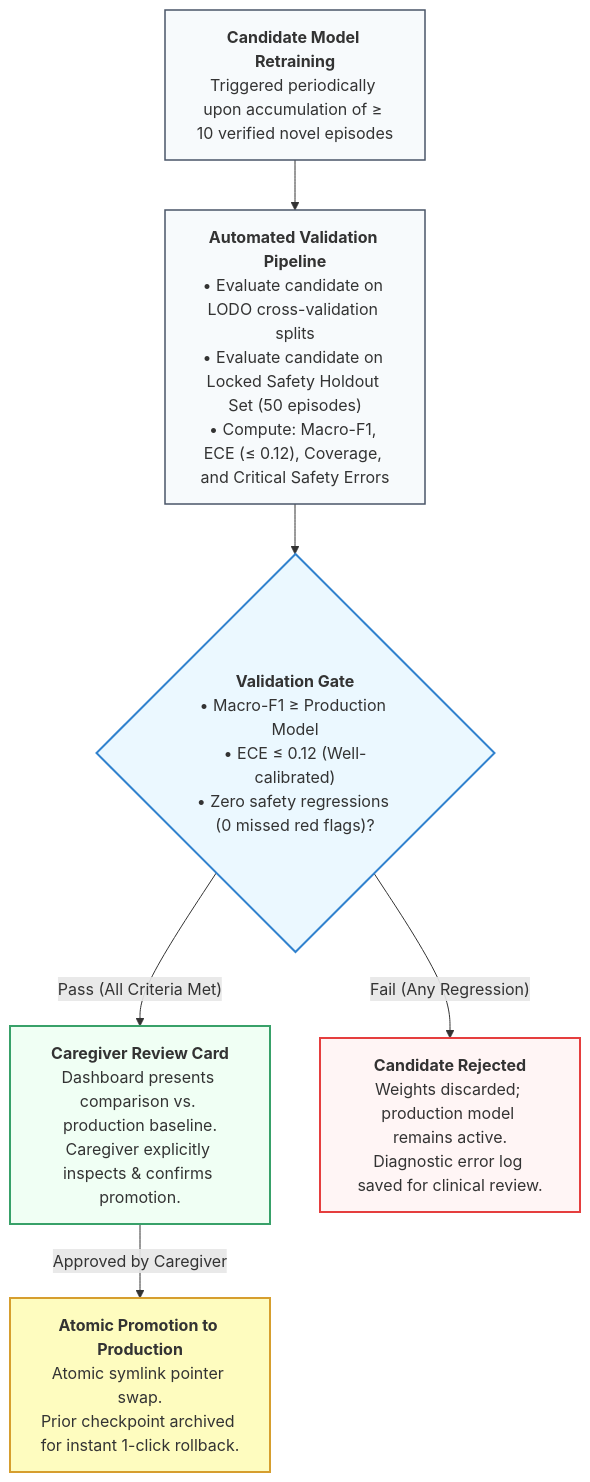
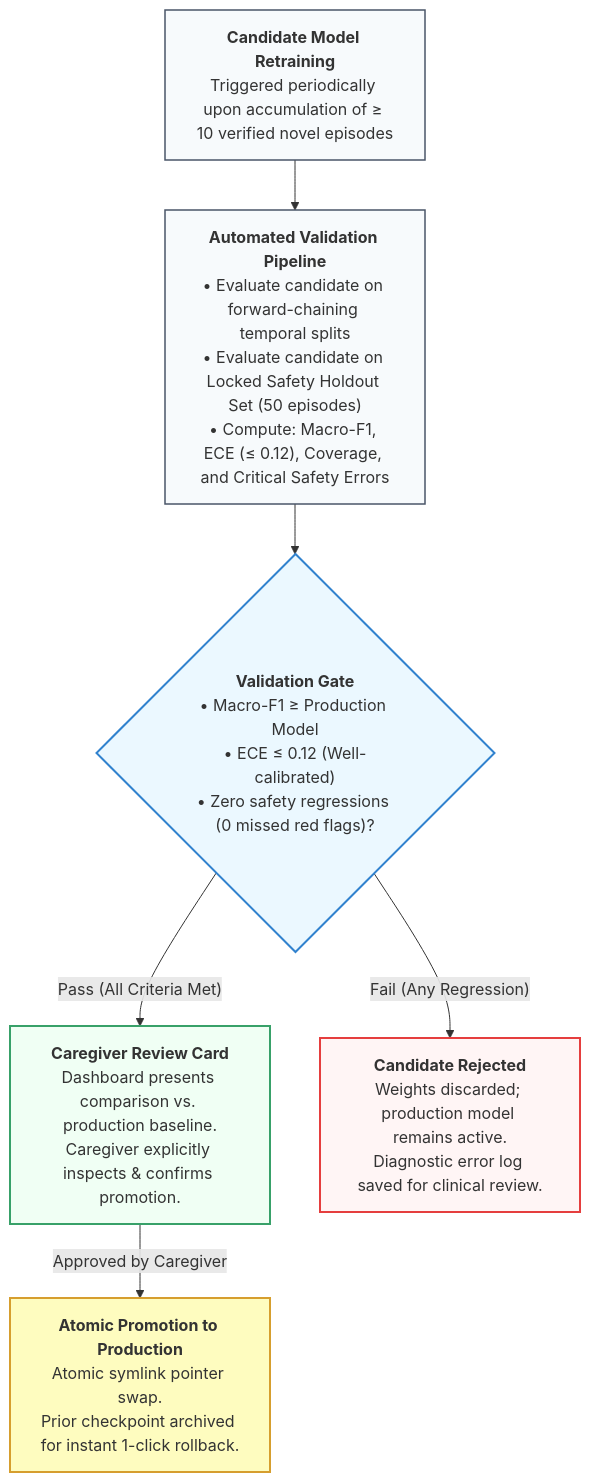
The diagram in docs/evaluation_protocol.md (olostan/project_n), drawn with Mermaid before and after one commit. The commit also changed other lines of this file and 6 other files, not shown here.

````diff
--- a/docs/evaluation_protocol.md
+++ b/docs/evaluation_protocol.md
@@ -94,32 +99,32 @@
 ```mermaid
 flowchart TD
     RETRAIN["<b>Candidate Model Retraining</b><br/>Triggered periodically upon accumulation of ≥ 10 verified novel episodes"]
     
-    VALIDATE["<b>Automated Validation Pipeline</b><br/>• Evaluate candidate on LODO cross-validation splits<br/>• Evaluate candidate on Locked Safety Holdout Set (50 episodes)<br/>• Compute: Macro-F1, ECE (≤ 0.12), Coverage, and Critical Safety Errors"]
+    VALIDATE["<b>Automated Validation Pipeline</b><br/>• Evaluate candidate on forward-chaining temporal splits<br/>• Evaluate candidate on Locked Safety Holdout Set (50 episodes)<br/>• Compute: Macro-F1, ECE (≤ 0.12), Coverage, and Critical Safety Errors"]
 
     GATE{"<b>Validation Gate</b><br/>• Macro-F1 ≥ Production Model<br/>• ECE ≤ 0.12 (Well-calibrated)<br/>• Zero safety regressions (0 missed red flags)?"}
 
     REVIEW["<b>Caregiver Review Card</b><br/>Dashboard presents comparison vs. production baseline.<br/>Caregiver explicitly inspects & confirms promotion."]
 
     REJECT["<b>Candidate Rejected</b><br/>Weights discarded; production model remains active.<br/>Diagnostic error log saved for clinical review."]
 
     PROMO["<b>Atomic Promotion to Production</b><br/>Atomic symlink pointer swap.<br/>Prior checkpoint archived for instant 1-click rollback."]
 
     RETRAIN --> VALIDATE
     VALIDATE --> GATE
     GATE -- "Pass (All Criteria Met)" --> REVIEW
     GATE -- "Fail (Any Regression)" --> REJECT
     REVIEW -- "Approved by Caregiver" --> PROMO
 
     classDef normal fill:#f7fafc,stroke:#4a5568,stroke-width:1.5px;
     classDef gate fill:#ebf8ff,stroke:#3182ce,stroke-width:2px;
     classDef pass fill:#f0fff4,stroke:#38a169,stroke-width:2px;
     classDef fail fill:#fff5f5,stroke:#e53e3e,stroke-width:2px;
     classDef prod fill:#fefcbf,stroke:#d69e2e,stroke-width:2px;
 
     class RETRAIN,VALIDATE normal;
     class GATE gate;
     class REVIEW pass;
     class REJECT fail;
     class PROMO prod;
 ```
````
